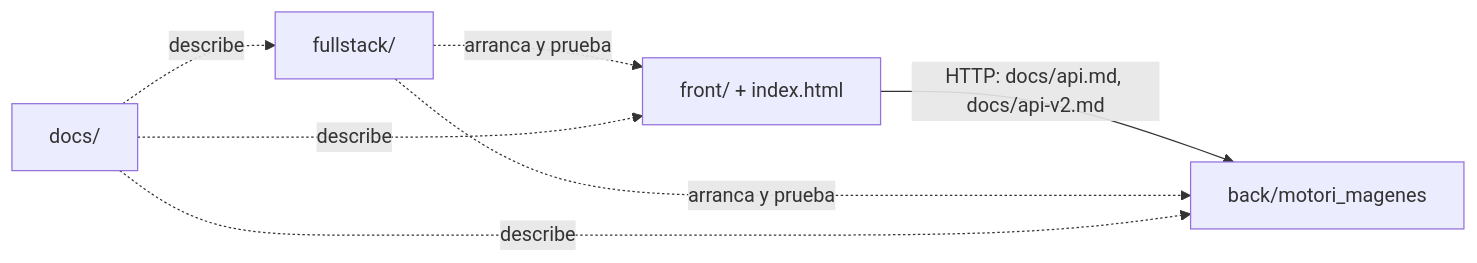
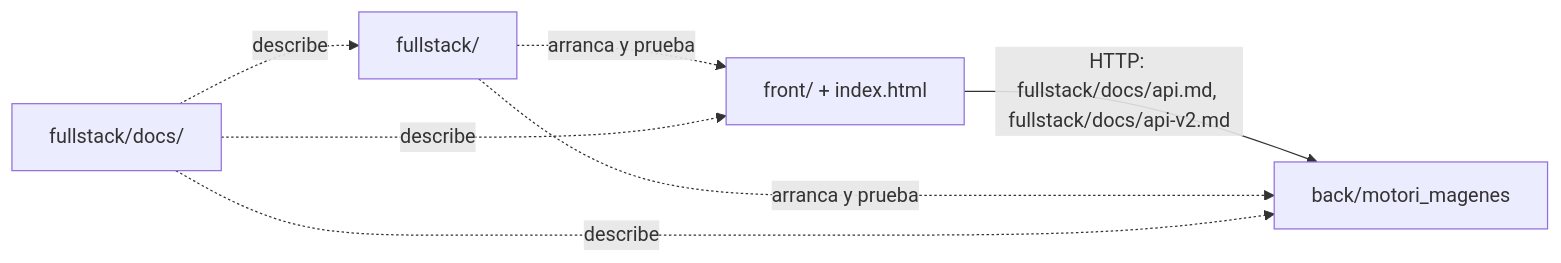
Before and after one commit to victorgaelpch/ApuntIA: the diagram in fullstack/README.md, drawn with Mermaid. The commit also changed other lines of this file and 222 other files, not shown here.

````diff
--- a/fullstack/README.md
+++ b/fullstack/README.md
@@ -46,6 +48,6 @@
 ```mermaid
 flowchart LR
-    FT["front/ + index.html"] -->|HTTP: docs/api.md, docs/api-v2.md| BK["back/motori_magenes"]
+    FT["front/ + index.html"] -->|HTTP: fullstack/docs/api.md, fullstack/docs/api-v2.md| BK["back/motori_magenes"]
     FS["fullstack/"] -.arranca y prueba.-> FT & BK
-    DOC["docs/"] -.describe.-> FT & BK & FS
+    DOC["fullstack/docs/"] -.describe.-> FT & BK & FS
 ```
````
